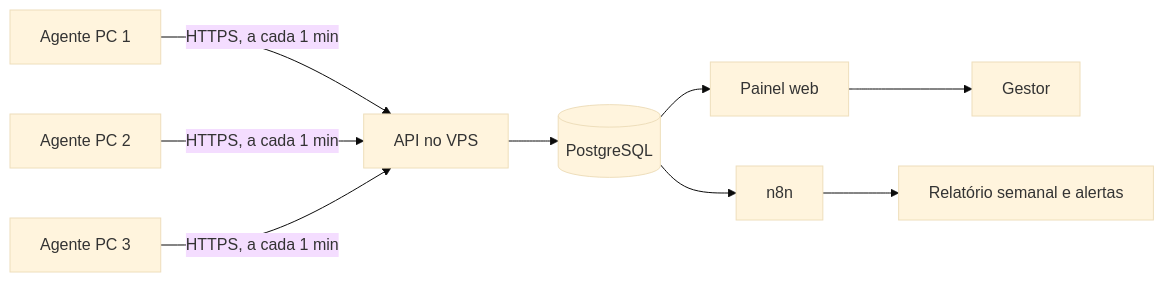
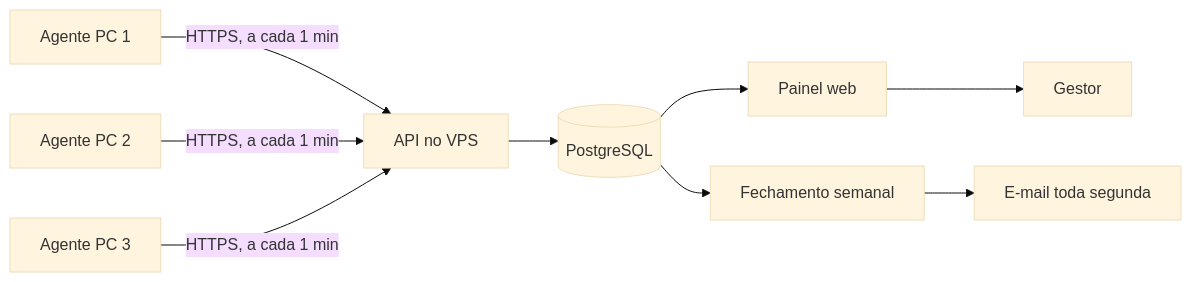
The diagram in docs/plano-monitor.md (anata79/REPOSITORIO), drawn with Mermaid (base theme) before and after one commit. The commit also changed other lines of this file, not shown here.

````diff
--- a/docs/plano-monitor.md
+++ b/docs/plano-monitor.md
@@ -25,7 +27,7 @@
 ```mermaid
 flowchart LR
   A1["Agente PC 1"] & A2["Agente PC 2"] & A3["Agente PC 3"] -- "HTTPS, a cada 1 min" --> API["API no VPS"]
   API --> DB[("PostgreSQL")]
   DB --> P["Painel web"] --> G["Gestor"]
-  DB --> N["n8n"] --> W["Relatório semanal e alertas"]
+  DB --> N["Fechamento semanal"] --> W["E-mail toda segunda"]
 ```
````
